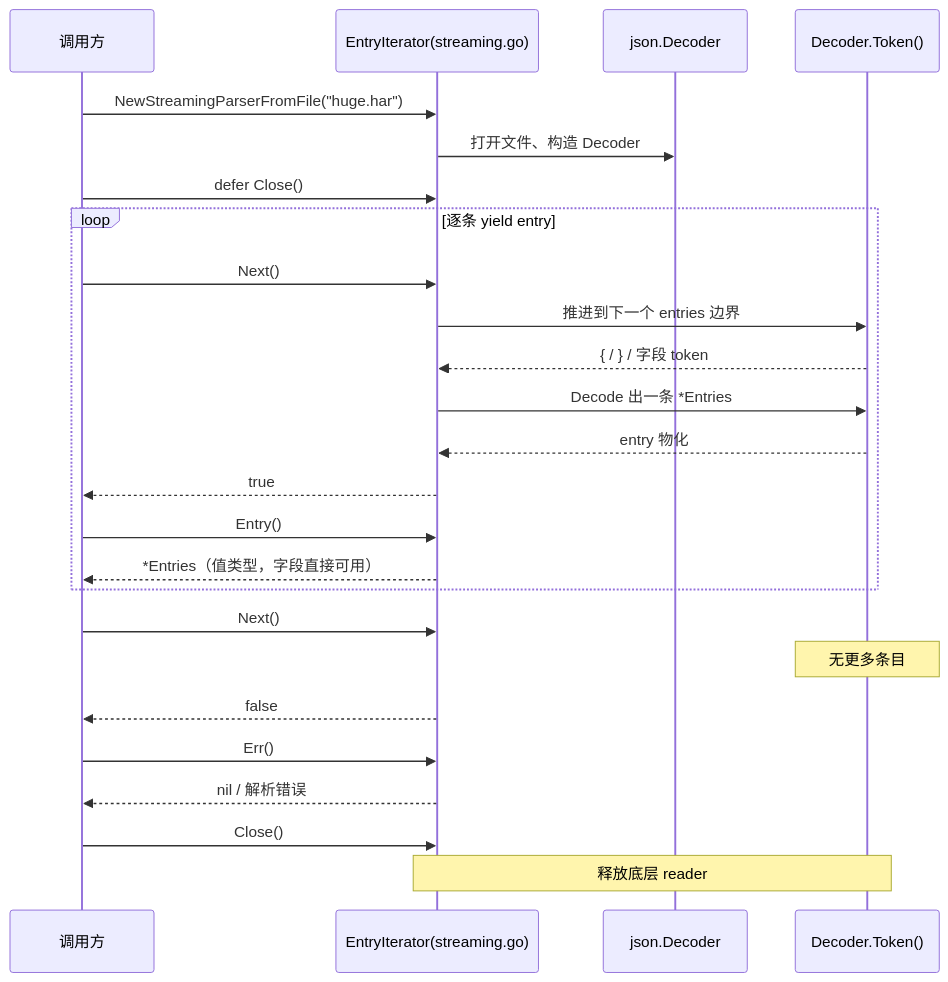
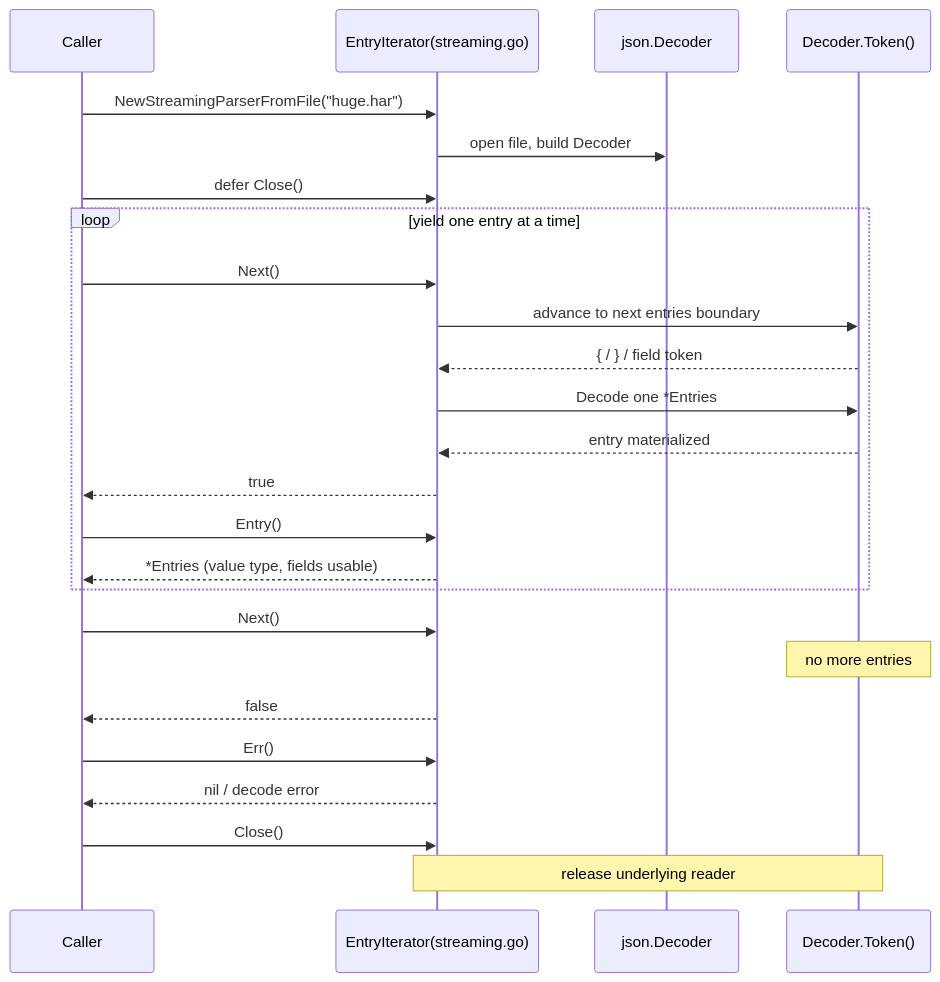
One commit to hitechcloud-vietnam/har-skills changed the second of 3 diagrams in website/zh/sdk/providers.md. Above: the diagram before and after it, drawn with Mermaid. The commit also changed other lines of this file and 97 other files, not shown here.

````diff
--- a/website/zh/sdk/providers.md
+++ b/website/zh/sdk/providers.md
@@ -277,30 +277,30 @@
 ```mermaid
 sequenceDiagram
-    participant Caller as 调用方
+    participant Caller as Caller
     participant Iter as EntryIterator(streaming.go)
     participant Dec as json.Decoder
     participant Token as Decoder.Token()
 
     Caller->>Iter: NewStreamingParserFromFile("huge.har")
-    Iter->>Dec: 打开文件、构造 Decoder
+    Iter->>Dec: open file, build Decoder
     Caller->>Iter: defer Close()
 
-    loop 逐条 yield entry
+    loop yield one entry at a time
         Caller->>Iter: Next()
-        Iter->>Token: 推进到下一个 entries 边界
-        Token-->>Iter: { / } / 字段 token
-        Iter->>Token: Decode 出一条 *Entries
-        Token-->>Iter: entry 物化
+        Iter->>Token: advance to next entries boundary
+        Token-->>Iter: { / } / field token
+        Iter->>Token: Decode one *Entries
+        Token-->>Iter: entry materialized
         Iter-->>Caller: true
         Caller->>Iter: Entry()
-        Iter-->>Caller: *Entries（值类型，字段直接可用）
+        Iter-->>Caller: *Entries (value type, fields usable)
     end
 
     Caller->>Iter: Next()
-    Note over Token: 无更多条目
+    Note over Token: no more entries
     Iter-->>Caller: false
     Caller->>Iter: Err()
-    Iter-->>Caller: nil / 解析错误
+    Iter-->>Caller: nil / decode error
     Caller->>Iter: Close()
-    Note over Iter,Token: 释放底层 reader
+    Note over Iter,Token: release underlying reader
 ```
````
